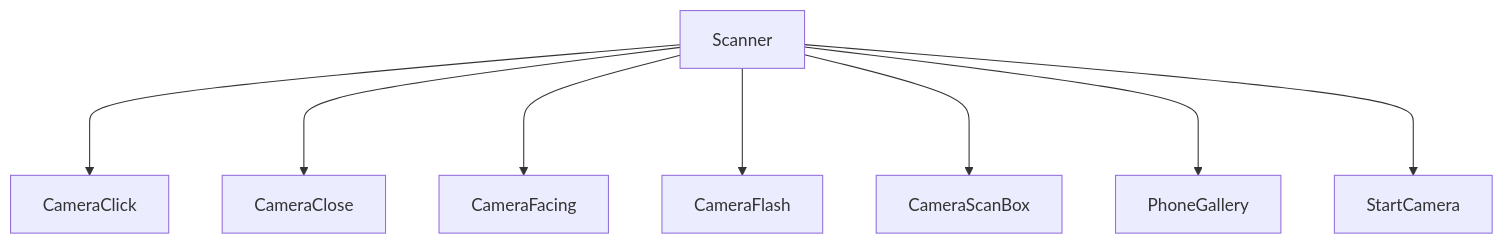
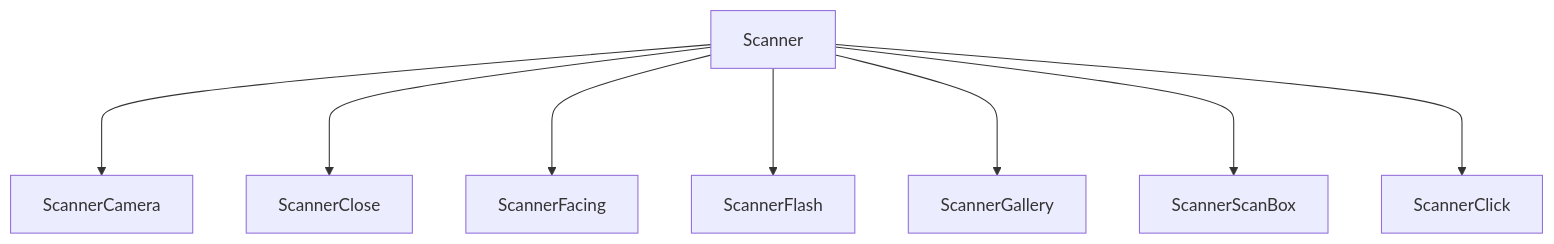
The second of 4 diagrams in .github/SETUP.md (opensrc0/fe-pilot), drawn with Mermaid before and after one commit. The commit also changed other lines of this file, not shown here.

````diff
--- a/.github/SETUP.md
+++ b/.github/SETUP.md
@@ -68,10 +79,10 @@
 ```mermaid
 graph TD;
-    Scanner--->CameraClick;
-    Scanner--->CameraClose;
-    Scanner--->CameraFacing;
-    Scanner--->CameraFlash;
-    Scanner--->CameraScanBox;
-    Scanner--->PhoneGallery;
-    Scanner--->StartCamera;
+    Scanner--->ScannerCamera;
+    Scanner--->ScannerClose;
+    Scanner--->ScannerFacing;
+    Scanner--->ScannerFlash;
+    Scanner--->ScannerGallery;
+    Scanner--->ScannerScanBox;
+    Scanner--->ScannerClick;
 ```
````
